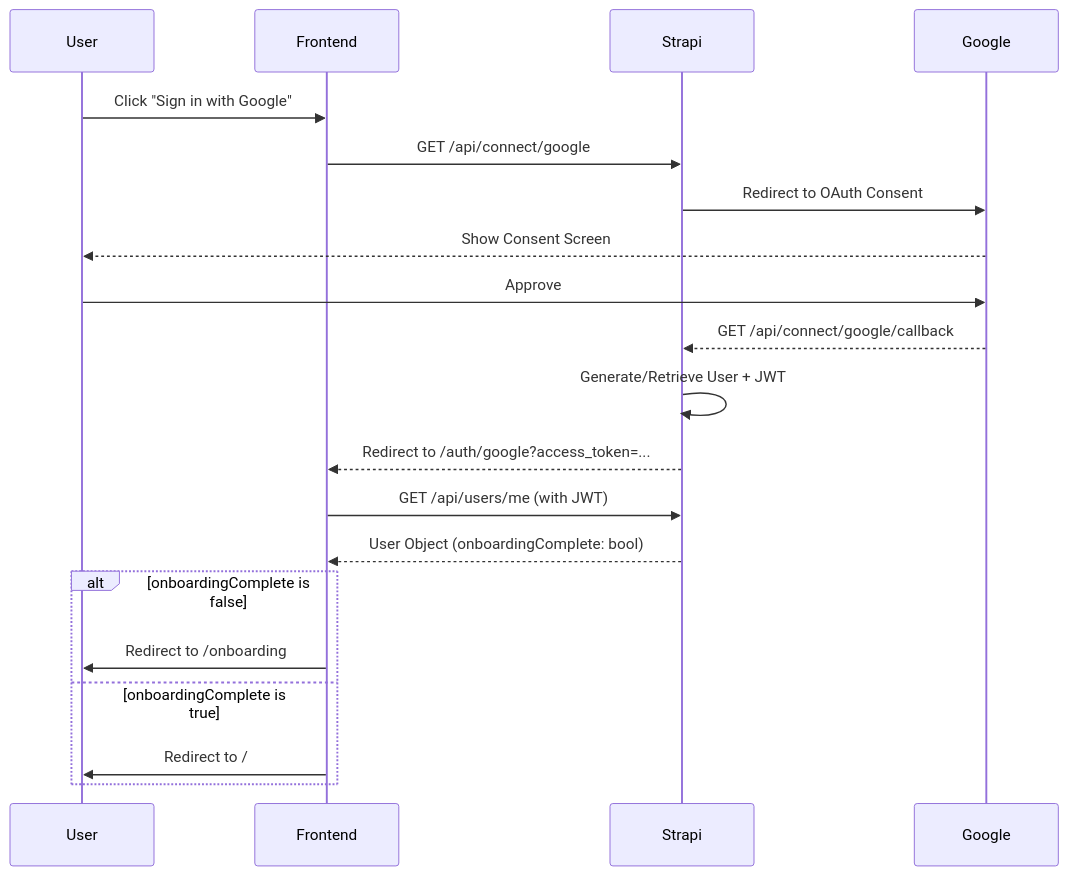
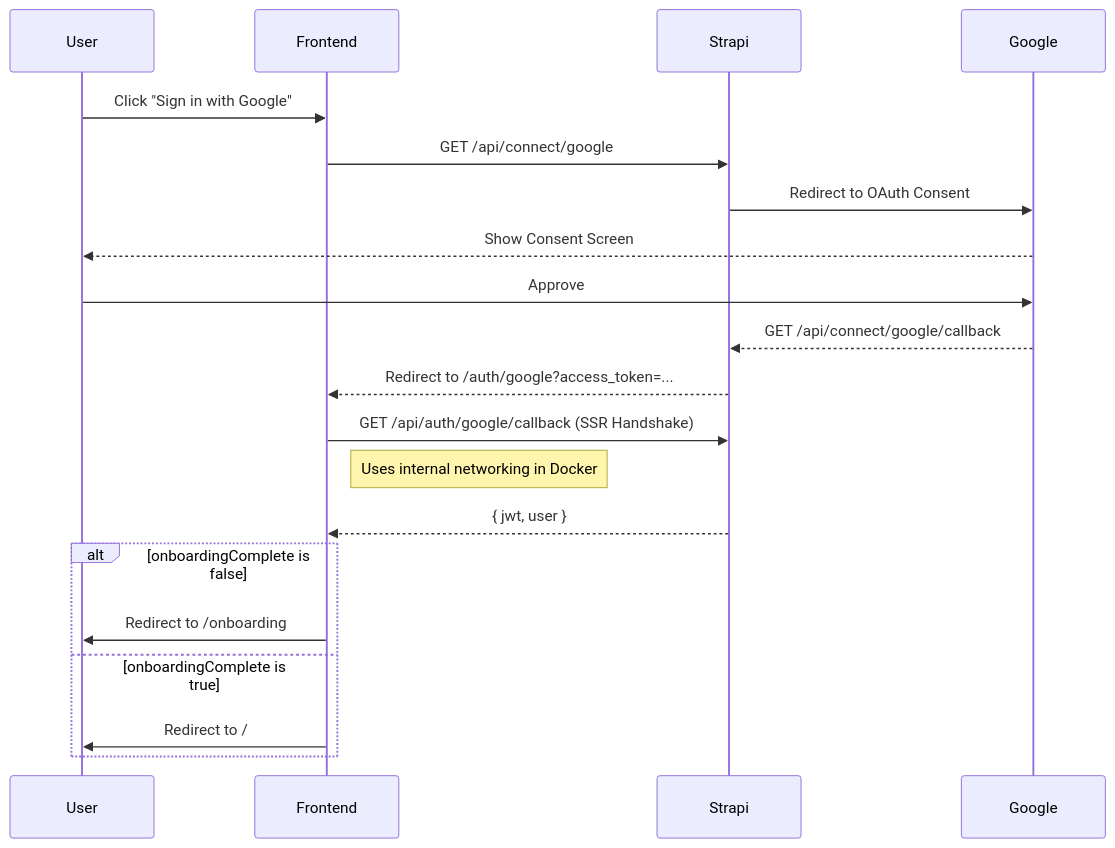
The fourth of 4 diagrams in docs/low-level-design.md (akvo/science-for-africa), drawn with Mermaid before and after one commit. The commit also changed other lines of this file and 5 other files, not shown here.

Commit message:
[#15] docs: align Google OAuth docs, standardize env templates, and implement smart handshake swap

````diff
--- a/docs/low-level-design.md
+++ b/docs/low-level-design.md
@@ -614,23 +614,23 @@
 ```mermaid
 sequenceDiagram
     participant User
     participant Frontend
     participant Strapi
     participant Google
 
     User->>Frontend: Click "Sign in with Google"
     Frontend->>Strapi: GET /api/connect/google
     Strapi->>Google: Redirect to OAuth Consent
     Google-->>User: Show Consent Screen
     User->>Google: Approve
     Google-->>Strapi: GET /api/connect/google/callback
-    Strapi->>Strapi: Generate/Retrieve User + JWT
     Strapi-->>Frontend: Redirect to /auth/google?access_token=...
-    Frontend->>Strapi: GET /api/users/me (with JWT)
-    Strapi-->>Frontend: User Object (onboardingComplete: bool)
+    Frontend->>Strapi: GET /api/auth/google/callback (SSR Handshake)
+    Note right of Frontend: Uses internal networking in Docker
+    Strapi-->>Frontend: { jwt, user }
     alt onboardingComplete is false
         Frontend->>User: Redirect to /onboarding
     else onboardingComplete is true
         Frontend->>User: Redirect to /
     end
 ```
````
